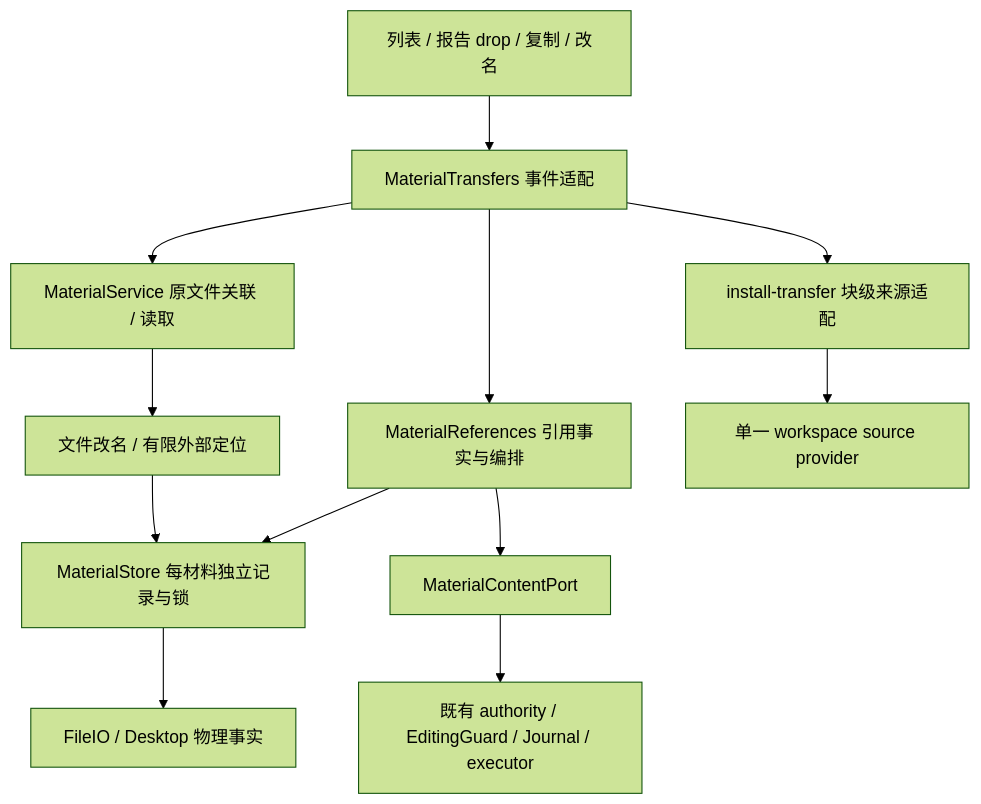
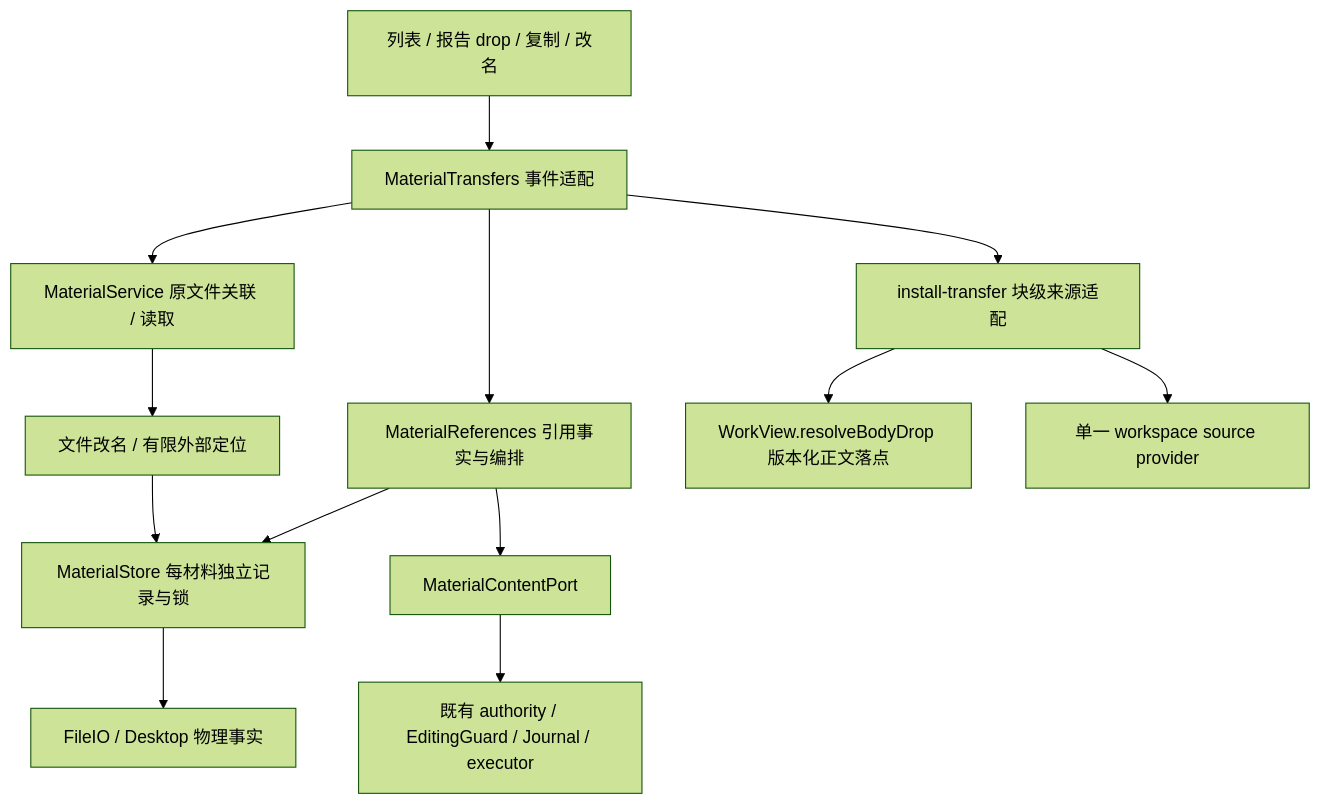
The first of 5 diagrams in docs/architecture/materials-drop-rename-architecture.md (wrd233/logseq-task-manager), drawn with Mermaid (forest theme) before and after one commit. The commit also changed other lines of this file and 4 other files, not shown here.

````diff
--- a/docs/architecture/materials-drop-rename-architecture.md
+++ b/docs/architecture/materials-drop-rename-architecture.md
@@ -7,14 +7,15 @@
 ```mermaid
 flowchart TB
   UI[列表 / 报告 drop / 复制 / 改名] --> Transfer[MaterialTransfers 事件适配]
   Transfer --> Service[MaterialService 原文件关联 / 读取]
   Transfer --> Refs[MaterialReferences 引用事实与编排]
   Service --> Files[文件改名 / 有限外部定位]
   Files --> Store[MaterialStore 每材料独立记录与锁]
   Refs --> Store
   Store --> IO[FileIO / Desktop 物理事实]
   Refs --> Port[MaterialContentPort]
   Port --> Content[既有 authority / EditingGuard / Journal / executor]
   Transfer --> Map[install-transfer 块级来源适配]
+  Map --> Report[WorkView.resolveBodyDrop 版本化正文落点]
   Map --> Source[单一 workspace source provider]
 ```
````
